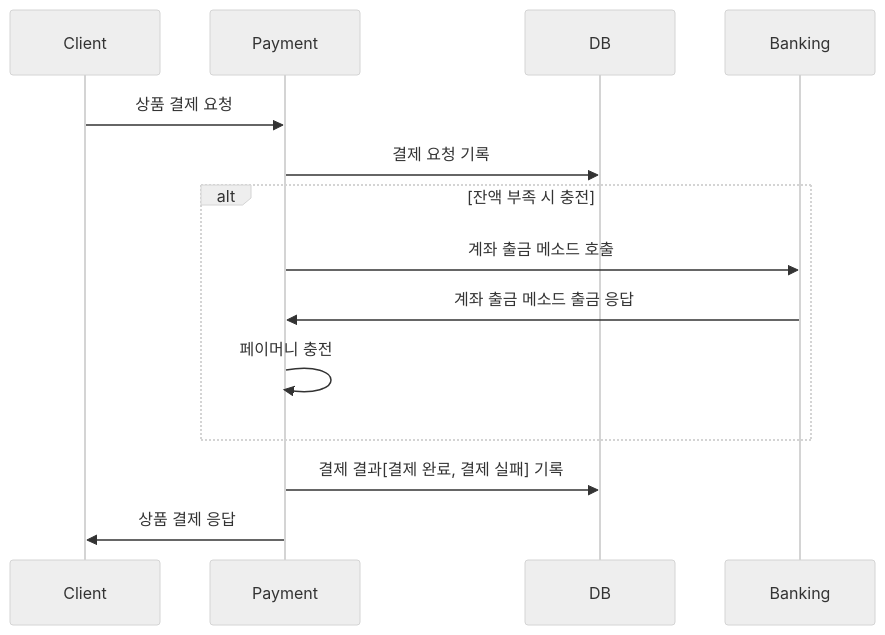
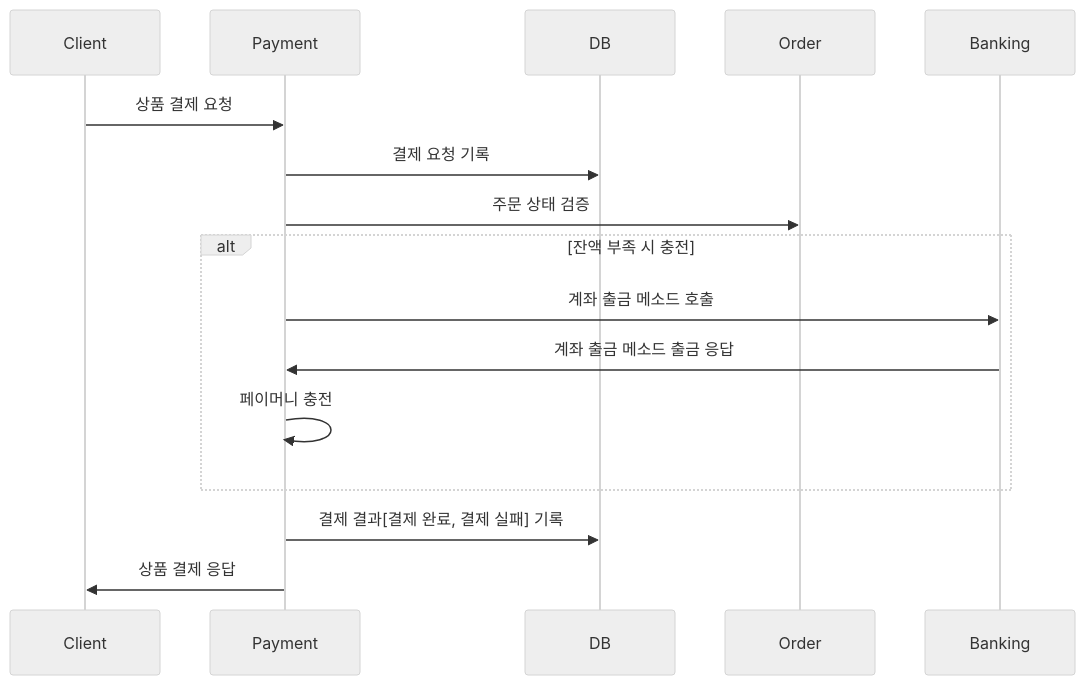
The third of 8 diagrams in project/project_api.md (sungjunjin/til), drawn with Mermaid (neutral theme) before and after one commit. The commit also changed other lines of this file, not shown here.

````diff
--- a/project/project_api.md
+++ b/project/project_api.md
@@ -543,14 +543,15 @@
         ```mermaid
         sequenceDiagram
             Client ->> Payment : 상품 결제 요청
             Payment ->> DB : 결제 요청 기록
+            Payment ->> Order : 주문 상태 검증
         
             alt 잔액 부족 시 충전
                 Payment ->> Banking : 계좌 출금 메소드 호출
                 Banking ->> Payment : 계좌 출금 메소드 출금 응답
                 Payment ->> Payment : 페이머니 충전
             end
             
             Payment ->> DB : 결제 결과[결제 완료, 결제 실패] 기록
             Payment ->> Client : 상품 결제 응답
         ```
````
